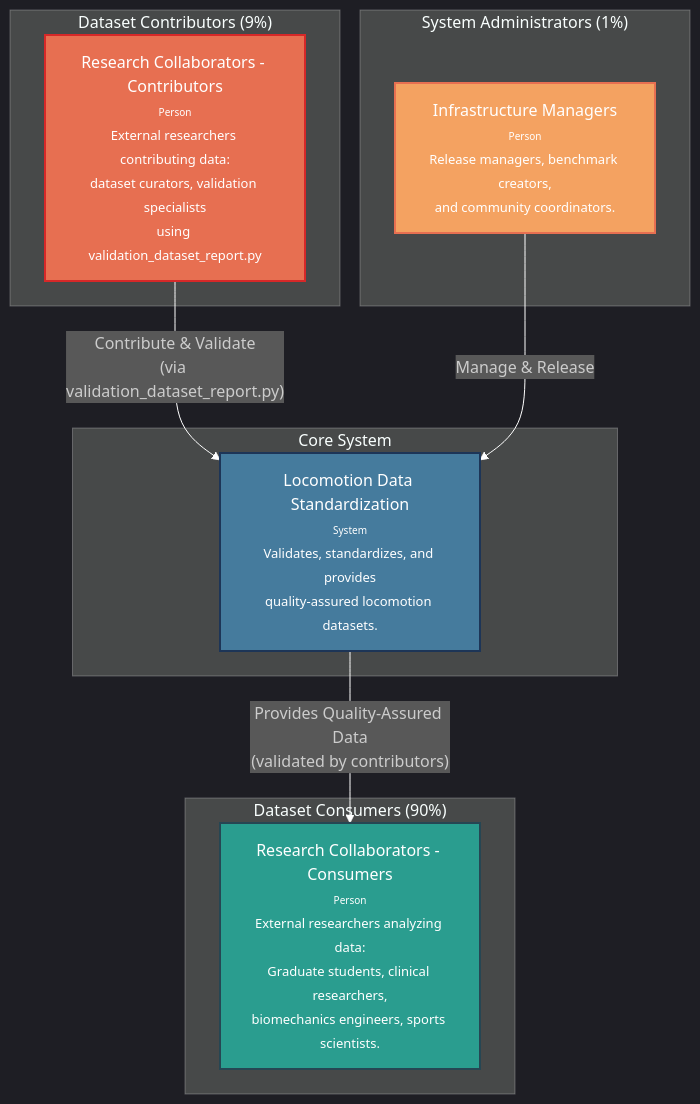
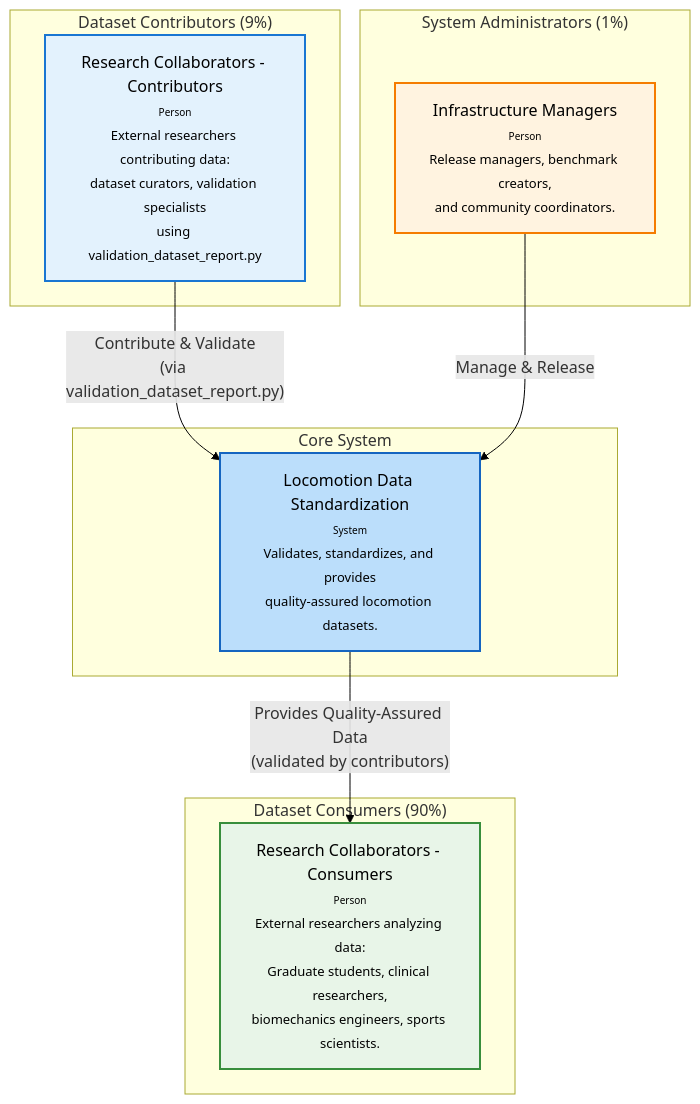
The fifth of 7 diagrams in docs/software_engineering/docs/01b_SYSTEM_CONTEXT.md (jmontp/LocoHub), drawn with Mermaid before and after one commit. The commit also changed other lines of this file and 14 other files, not shown here.

````diff
--- a/docs/software_engineering/docs/01b_SYSTEM_CONTEXT.md
+++ b/docs/software_engineering/docs/01b_SYSTEM_CONTEXT.md
@@ -134,31 +134,31 @@
 ```mermaid
-%%{init: {'theme': 'dark'}}%%
+%%{init: {'theme': 'default'}}%%
 graph TD
     subgraph "Dataset Contributors (9%)"
         contributors["Research Collaborators - Contributors<br/><font size='-2'>Person</font><br/><font size='-1'>External researchers contributing data:<br/>dataset curators, validation specialists<br/>using validation_dataset_report.py</font>"]
     end
 
     subgraph "System Administrators (1%)"
         admins["Infrastructure Managers<br/><font size='-2'>Person</font><br/><font size='-1'>Release managers, benchmark creators,<br/>and community coordinators.</font>"]
     end
 
     subgraph "Dataset Consumers (90%)"  
         consumers["Research Collaborators - Consumers<br/><font size='-2'>Person</font><br/><font size='-1'>External researchers analyzing data:<br/>Graduate students, clinical researchers,<br/>biomechanics engineers, sports scientists.</font>"]
     end
 
     subgraph "Core System"
         system["Locomotion Data Standardization<br/><font size='-2'>System</font><br/><font size='-1'>Validates, standardizes, and provides<br/>quality-assured locomotion datasets.</font>"]
     end
 
     contributors -- "Contribute & Validate<br/>(via validation_dataset_report.py)" --> system
     admins -- "Manage & Release" --> system
     system -- "Provides Quality-Assured Data<br/>(validated by contributors)" --> consumers
     
     %% Styling
-    style contributors fill:#e76f51,stroke:#d62828,stroke-width:2px,color:#ffffff
-    style admins fill:#f4a261,stroke:#e76f51,stroke-width:2px,color:#ffffff
-    style consumers fill:#2a9d8f,stroke:#264653,stroke-width:2px,color:#ffffff
-    style system fill:#457b9d,stroke:#1d3557,stroke-width:2px,color:#ffffff
+    style contributors fill:#e3f2fd,stroke:#1976d2,stroke-width:2px,color:#000000
+    style admins fill:#fff3e0,stroke:#f57c00,stroke-width:2px,color:#000000
+    style consumers fill:#e8f5e8,stroke:#388e3c,stroke-width:2px,color:#000000
+    style system fill:#bbdefb,stroke:#1565c0,stroke-width:2px,color:#000000
     
-    linkStyle default stroke:white
+    linkStyle default stroke:black
 ```
````
